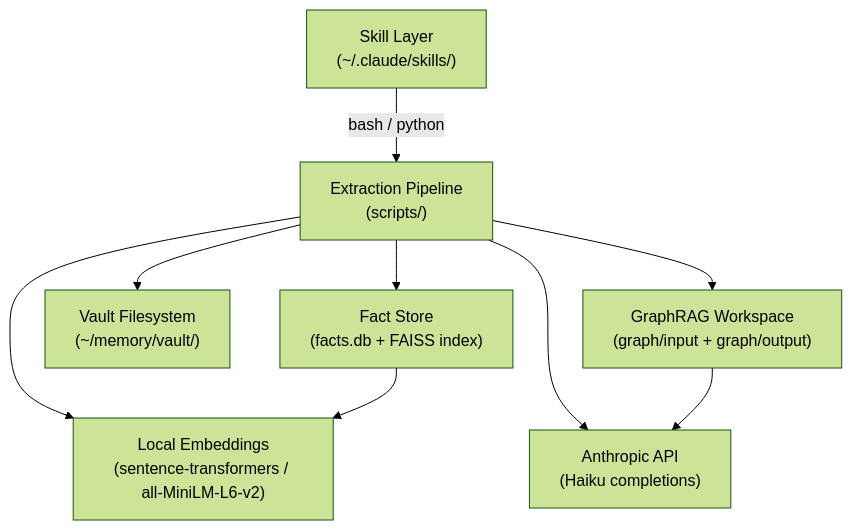
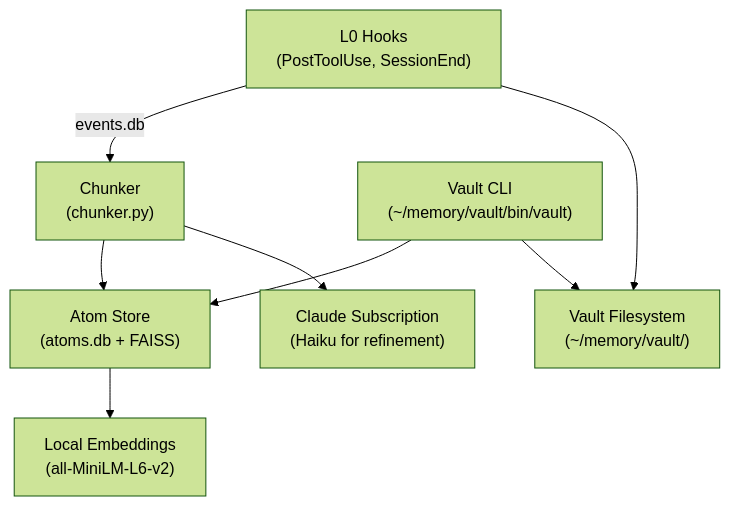
The second of 2 diagrams in docs/cortex/system-map.md (calenwalshe/personal-memory), drawn with Mermaid (forest theme) before and after one commit. The commit also changed other lines of this file and 19 other files, not shown here.

````diff
--- a/docs/cortex/system-map.md
+++ b/docs/cortex/system-map.md
@@ -38,19 +40,18 @@
 ```mermaid
 graph TD
-    Skills["Skill Layer\n(~/.claude/skills/)"]
-    Pipeline["Extraction Pipeline\n(scripts/)"]
-    FactStore["Fact Store\n(facts.db + FAISS index)"]
+    L0Hooks["L0 Hooks\n(PostToolUse, SessionEnd)"]
+    Chunker["Chunker\n(chunker.py)"]
+    AtomStore["Atom Store\n(atoms.db + FAISS)"]
     VaultFS["Vault Filesystem\n(~/memory/vault/)"]
-    Graph["GraphRAG Workspace\n(graph/input + graph/output)"]
-    ClaudeAPI["Anthropic API\n(Haiku completions)"]
-    LocalEmbed["Local Embeddings\n(sentence-transformers / all-MiniLM-L6-v2)"]
+    LocalEmbed["Local Embeddings\n(all-MiniLM-L6-v2)"]
+    Subscription["Claude Subscription\n(Haiku for refinement)"]
+    VaultCLI["Vault CLI\n(~/memory/vault/bin/vault)"]
 
-    Skills -->|"bash / python"| Pipeline
-    Pipeline --> FactStore
-    Pipeline --> VaultFS
-    Pipeline --> Graph
-    Pipeline --> ClaudeAPI
-    Pipeline --> LocalEmbed
-    FactStore --> LocalEmbed
-    Graph --> ClaudeAPI
+    L0Hooks -->|"events.db"| Chunker
+    Chunker --> AtomStore
+    Chunker --> Subscription
+    AtomStore --> LocalEmbed
+    VaultCLI --> AtomStore
+    VaultCLI --> VaultFS
+    L0Hooks --> VaultFS
 ```
````
